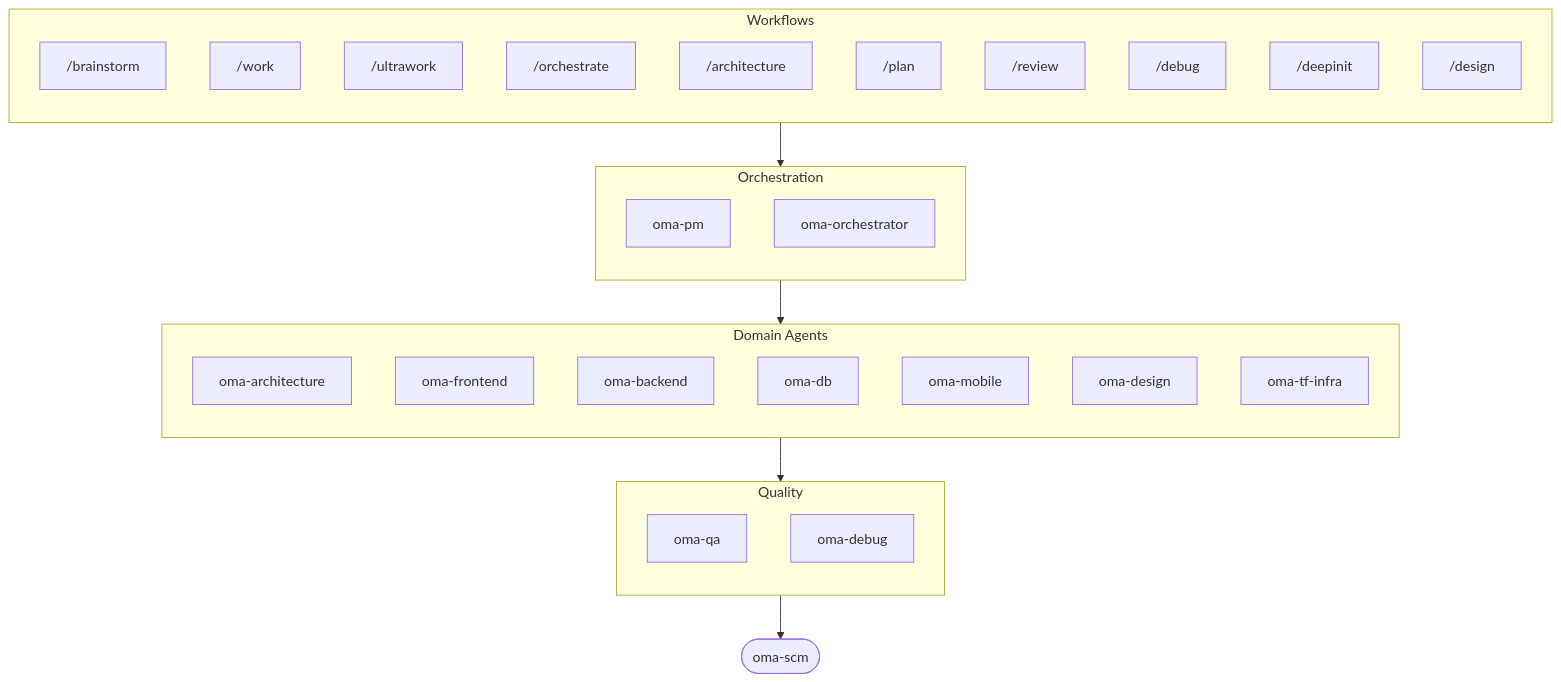
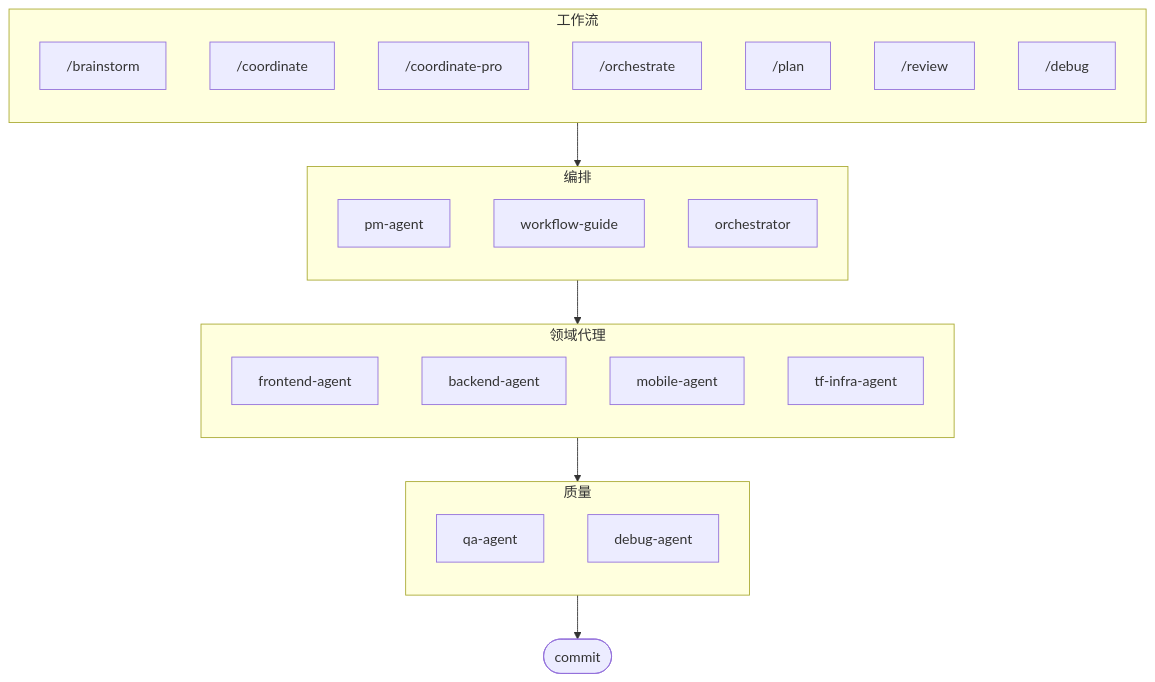
One commit to evehour/oh-my-agent changed the diagram in docs/README.zh.md. Above: the diagram before and after it, drawn with Mermaid. The commit also changed other lines of this file and 11 other files, not shown here.

````diff
--- a/docs/README.zh.md
+++ b/docs/README.zh.md
@@ -112,44 +20,40 @@
 ```mermaid
 flowchart TD
-    subgraph Workflows["Workflows"]
+    subgraph Workflows["工作流"]
         direction TB
         W0["/brainstorm"]
-        W1["/work"]
-        W1b["/ultrawork"]
+        W1["/coordinate"]
+        W1b["/coordinate-pro"]
         W2["/orchestrate"]
-        W3["/architecture"]
-        W4["/plan"]
-        W5["/review"]
-        W6["/debug"]
-        W7["/deepinit"]
-        W8["/design"]
+        W3["/plan"]
+        W4["/review"]
+        W5["/debug"]
     end
 
-    subgraph Orchestration["Orchestration"]
+    subgraph Orchestration["编排"]
         direction TB
-        PM[oma-pm]
-        ORC[oma-orchestrator]
+        PM[pm-agent]
+        WF[workflow-guide]
+        ORC[orchestrator]
     end
 
-    subgraph Domain["Domain Agents"]
+    subgraph Domain["领域代理"]
         direction TB
-        ARC[oma-architecture]
-        FE[oma-frontend]
-        BE[oma-backend]
-        DB[oma-db]
-        MB[oma-mobile]
-        DES[oma-design]
-        TF[oma-tf-infra]
+        FE[frontend-agent]
+        BE[backend-agent]
+        MB[mobile-agent]
+        TF[tf-infra-agent]
     end
 
-    subgraph Quality["Quality"]
+    subgraph Quality["质量"]
         direction TB
-        QA[oma-qa]
-        DBG[oma-debug]
+        QA[qa-agent]
+        DBG[debug-agent]
     end
+
 
     Workflows --> Orchestration
     Orchestration --> Domain
     Domain --> Quality
-    Quality --> SCM([oma-scm])
+    Quality --> CMT([commit])
 ```
````
